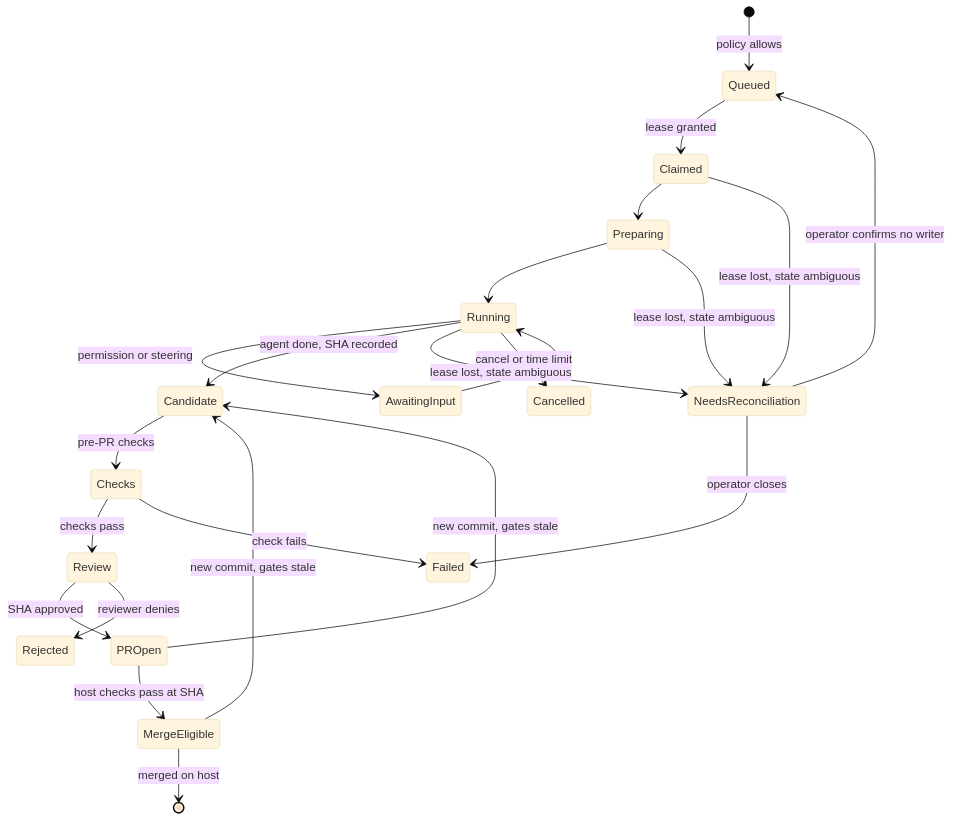
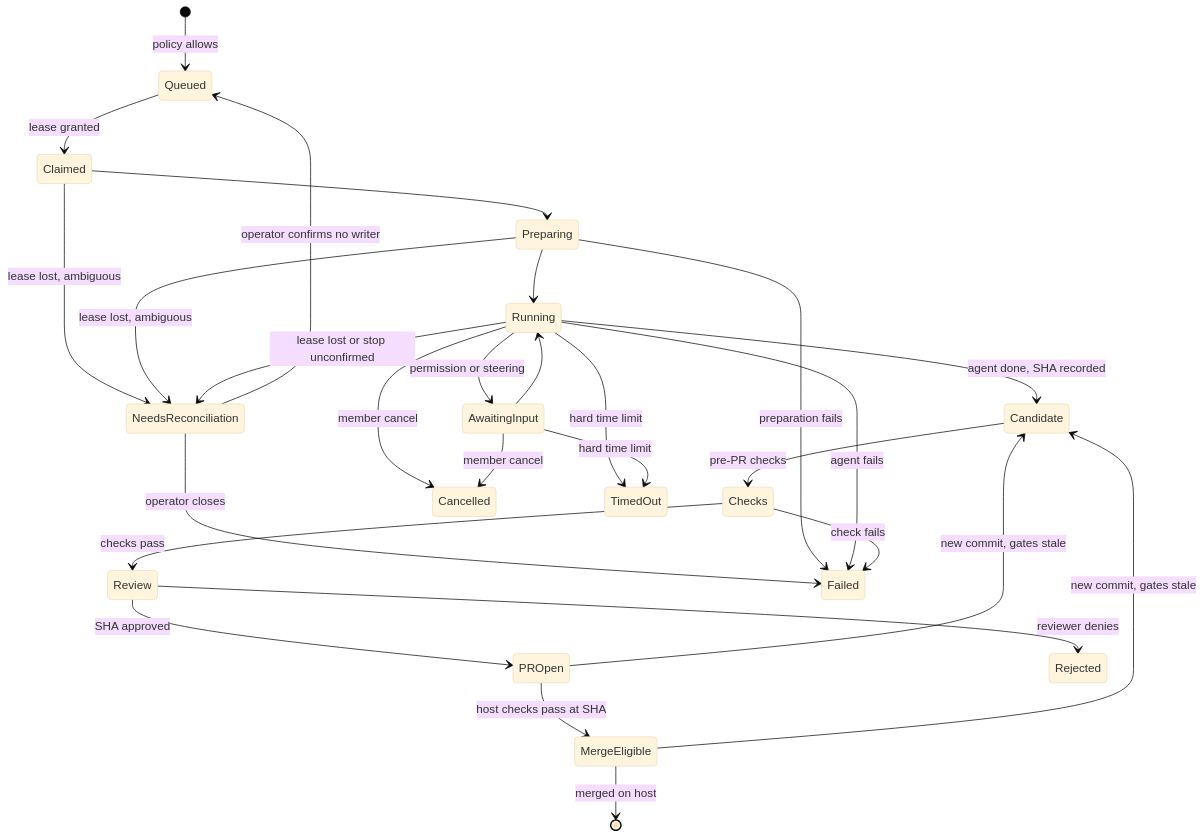
One commit to jeffma8888/baton changed the third of 3 diagrams in docs/design/HLD-000-platform-overview.md. Above: the diagram before and after it, drawn with Mermaid (base theme). The commit also changed other lines of this file, not shown here.

````diff
--- a/docs/design/HLD-000-platform-overview.md
+++ b/docs/design/HLD-000-platform-overview.md
@@ -555,25 +551,30 @@
 ```mermaid
 stateDiagram-v2
     [*] --> Queued: policy allows
     Queued --> Claimed: lease granted
     Claimed --> Preparing
     Preparing --> Running
     Running --> AwaitingInput: permission or steering
     AwaitingInput --> Running
     Running --> Candidate: agent done, SHA recorded
     Candidate --> Checks: pre-PR checks
     Checks --> Review: checks pass
     Review --> PROpen: SHA approved
     PROpen --> MergeEligible: host checks pass at SHA
     PROpen --> Candidate: new commit, gates stale
     MergeEligible --> Candidate: new commit, gates stale
     MergeEligible --> [*]: merged on host
-    Claimed --> NeedsReconciliation: lease lost, state ambiguous
-    Preparing --> NeedsReconciliation: lease lost, state ambiguous
-    Running --> NeedsReconciliation: lease lost, state ambiguous
+    Claimed --> NeedsReconciliation: lease lost, ambiguous
+    Preparing --> NeedsReconciliation: lease lost, ambiguous
+    Running --> NeedsReconciliation: lease lost or stop unconfirmed
     NeedsReconciliation --> Queued: operator confirms no writer
     NeedsReconciliation --> Failed: operator closes
-    Running --> Cancelled: cancel or time limit
+    Running --> Cancelled: member cancel
+    AwaitingInput --> Cancelled: member cancel
+    Running --> TimedOut: hard time limit
+    AwaitingInput --> TimedOut: hard time limit
+    Preparing --> Failed: preparation fails
+    Running --> Failed: agent fails
     Checks --> Failed: check fails
     Review --> Rejected: reviewer denies
 ```
````
